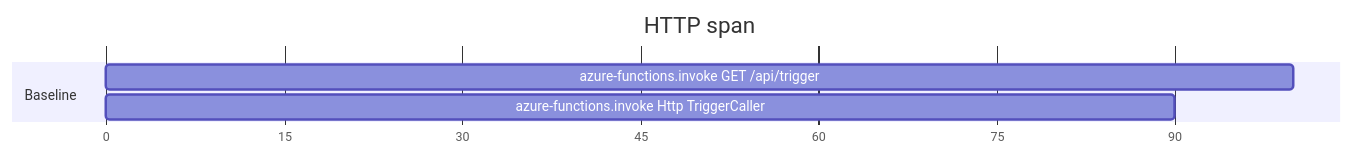
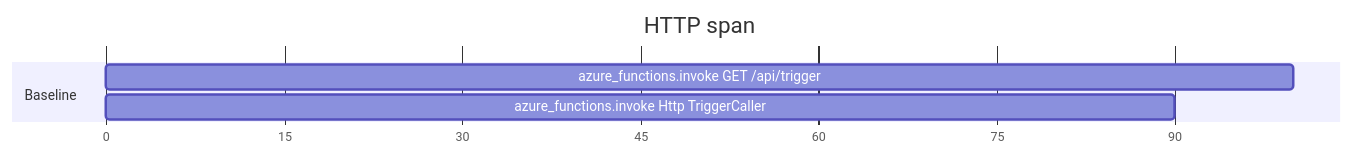
The second of 3 diagrams in docs/development/AzureFunctions.md (DataDog/dd-trace-dotnet), drawn with Mermaid before and after one commit. The commit also changed other lines of this file, not shown here.

Commit message:
fix markdown document

````diff
--- a/docs/development/AzureFunctions.md
+++ b/docs/development/AzureFunctions.md
@@ -58,10 +58,10 @@
 ```mermaid
 gantt
     title HTTP span 
     dateFormat  X
     axisFormat %s
     todayMarker off
     section Baseline
-    azure-functions.invoke GET /api/trigger : 0, 100
-    azure-functions.invoke Http TriggerCaller : 10, 90
+    azure_functions.invoke GET /api/trigger : 0, 100
+    azure_functions.invoke Http TriggerCaller : 10, 90
 ```
````
